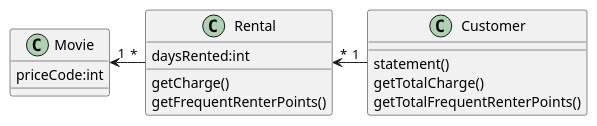
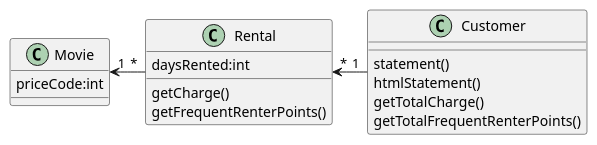
One commit to hiroshima-arc/re_zero_tdd changed the second of 3 diagrams in docs/src/spec/video_rental.adoc. Above: the diagram before and after it, drawn with PlantUML. The commit also changed 10 other files, not shown here.

```diff
--- a/docs/src/spec/video_rental.adoc
+++ b/docs/src/spec/video_rental.adoc
@@ -39,18 +39,19 @@
 [plantuml]
 ----
 class Movie {
   priceCode:int
 }
 class Rental {
   daysRented:int
   getCharge()
   getFrequentRenterPoints()
 }
 class Customer {
   statement()
+  htmlStatement()
   getTotalCharge()
   getTotalFrequentRenterPoints()
 }
 Movie "1"<-"*" Rental
 Rental "*"<-"1" Customer
 ----
```
